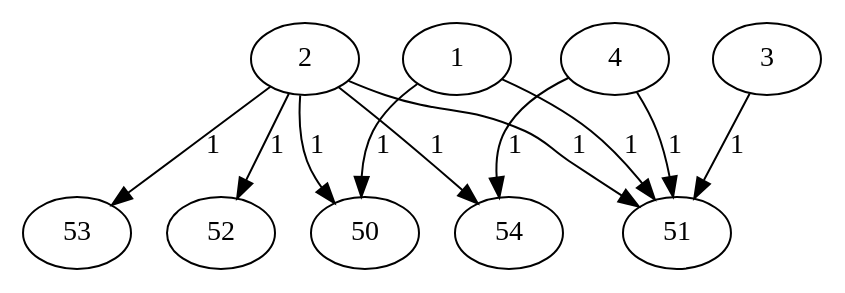
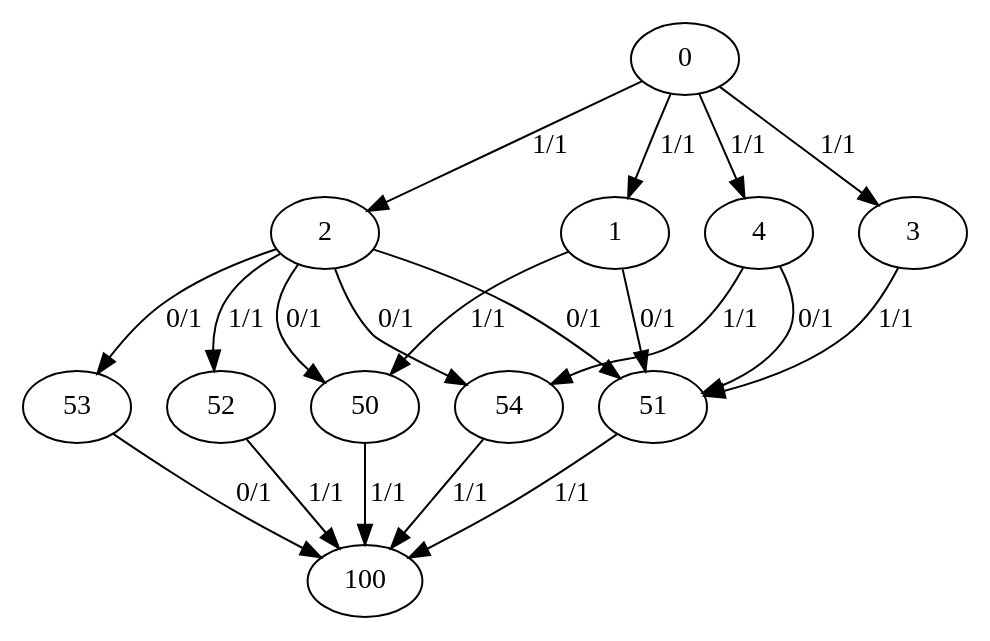
Before and after one commit to IgenFlo/Projet_OCaml: the diagram in graph.dot, drawn with Graphviz. The commit also changed 30 other files, not shown here.

```diff
--- a/graph.dot
+++ b/graph.dot
@@ -1,23 +1,34 @@
 Digraph {
+ 0
  1
  2
  3
  4
  50
  51
  52
  53
  54
+ 100
 
- 4 -> 54 [label = "1"];
- 4 -> 51 [label = "1"];
- 3 -> 51 [label = "1"];
- 2 -> 54 [label = "1"];
- 2 -> 53 [label = "1"];
- 2 -> 52 [label = "1"];
- 2 -> 51 [label = "1"];
- 2 -> 50 [label = "1"];
- 1 -> 51 [label = "1"];
- 1 -> 50 [label = "1"];
+ 0 -> 1 [label = "1/1"];
+ 0 -> 2 [label = "1/1"];
+ 0 -> 3 [label = "1/1"];
+ 0 -> 4 [label = "1/1"];
+ 1 -> 50 [label = "1/1"];
+ 1 -> 51 [label = "0/1"];
+ 50 -> 100 [label = "1/1"];
+ 2 -> 50 [label = "0/1"];
+ 2 -> 52 [label = "1/1"];
+ 2 -> 51 [label = "0/1"];
+ 2 -> 53 [label = "0/1"];
+ 2 -> 54 [label = "0/1"];
+ 52 -> 100 [label = "1/1"];
+ 3 -> 51 [label = "1/1"];
+ 51 -> 100 [label = "1/1"];
+ 4 -> 51 [label = "0/1"];
+ 4 -> 54 [label = "1/1"];
+ 54 -> 100 [label = "1/1"];
+ 53 -> 100 [label = "0/1"];
 
 }
```
